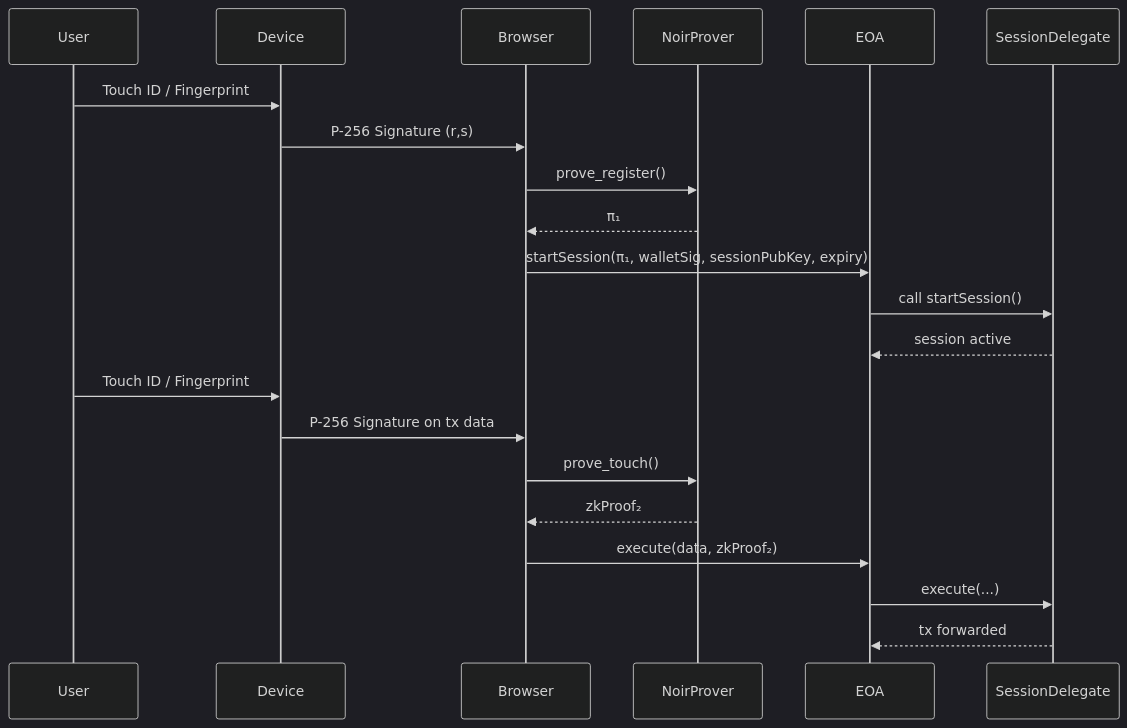
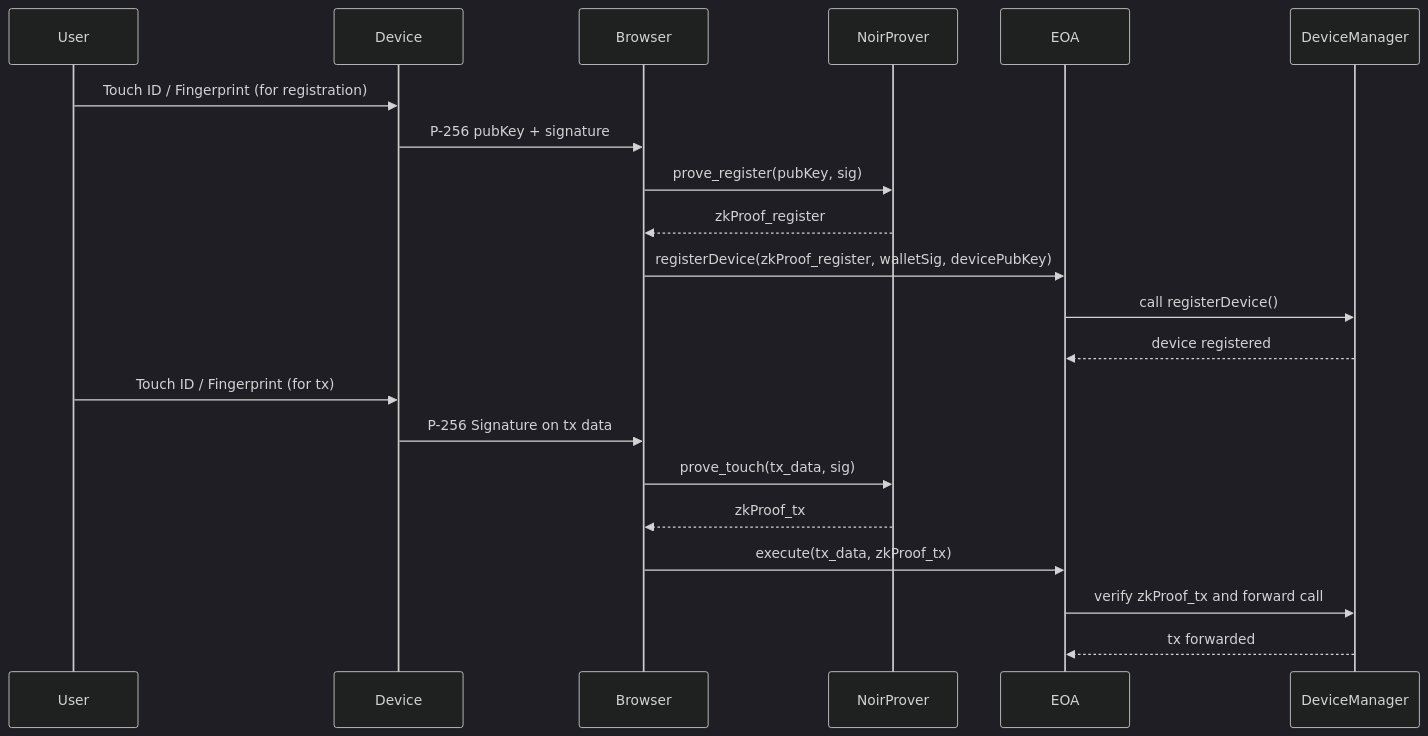
One commit to Ham3798/AuthDevice7702 changed the second of 5 diagrams in research.md. Above: the diagram before and after it, drawn with Mermaid (dark theme). The commit also changed other lines of this file and 1 other file, not shown here.

````diff
--- a/research.md
+++ b/research.md
@@ -71,27 +73,27 @@
 ```mermaid
 sequenceDiagram
   participant User
   participant Device
   participant Browser
   participant NoirProver
   participant EOA
-  participant SessionDelegate
+  participant DeviceManager
 
-  %% Session Initialization (Requires EOA wallet signature)
-  User->>Device: Touch ID / Fingerprint
-  Device->>Browser: P-256 Signature (r,s)
-  Browser->>NoirProver: prove_register()
-  NoirProver-->>Browser: π₁
-  Browser->>EOA: startSession(π₁, walletSig, sessionPubKey, expiry)
-  EOA->>SessionDelegate: call startSession()
-  SessionDelegate-->>EOA: session active
-  
+  %% Device Registration (One-time, EOA wallet signature required)
+  User->>Device: Touch ID / Fingerprint (for registration)
+  Device->>Browser: P-256 pubKey + signature
+  Browser->>NoirProver: prove_register(pubKey, sig)
+  NoirProver-->>Browser: zkProof_register
+  Browser->>EOA: registerDevice(zkProof_register, walletSig, devicePubKey)
+  EOA->>DeviceManager: call registerDevice()
+  DeviceManager-->>EOA: device registered
+
   %% For each transaction
-  User->>Device: Touch ID / Fingerprint
+  User->>Device: Touch ID / Fingerprint (for tx)
   Device->>Browser: P-256 Signature on tx data
-  Browser->>NoirProver: prove_touch()
-  NoirProver-->>Browser: zkProof₂
-  Browser->>EOA: execute(data, zkProof₂)
-  EOA->>SessionDelegate: execute(...)
-  SessionDelegate-->>EOA: tx forwarded
+  Browser->>NoirProver: prove_touch(tx_data, sig)
+  NoirProver-->>Browser: zkProof_tx
+  Browser->>EOA: execute(tx_data, zkProof_tx)
+  EOA->>DeviceManager: verify zkProof_tx and forward call
+  DeviceManager-->>EOA: tx forwarded
 ```
````
